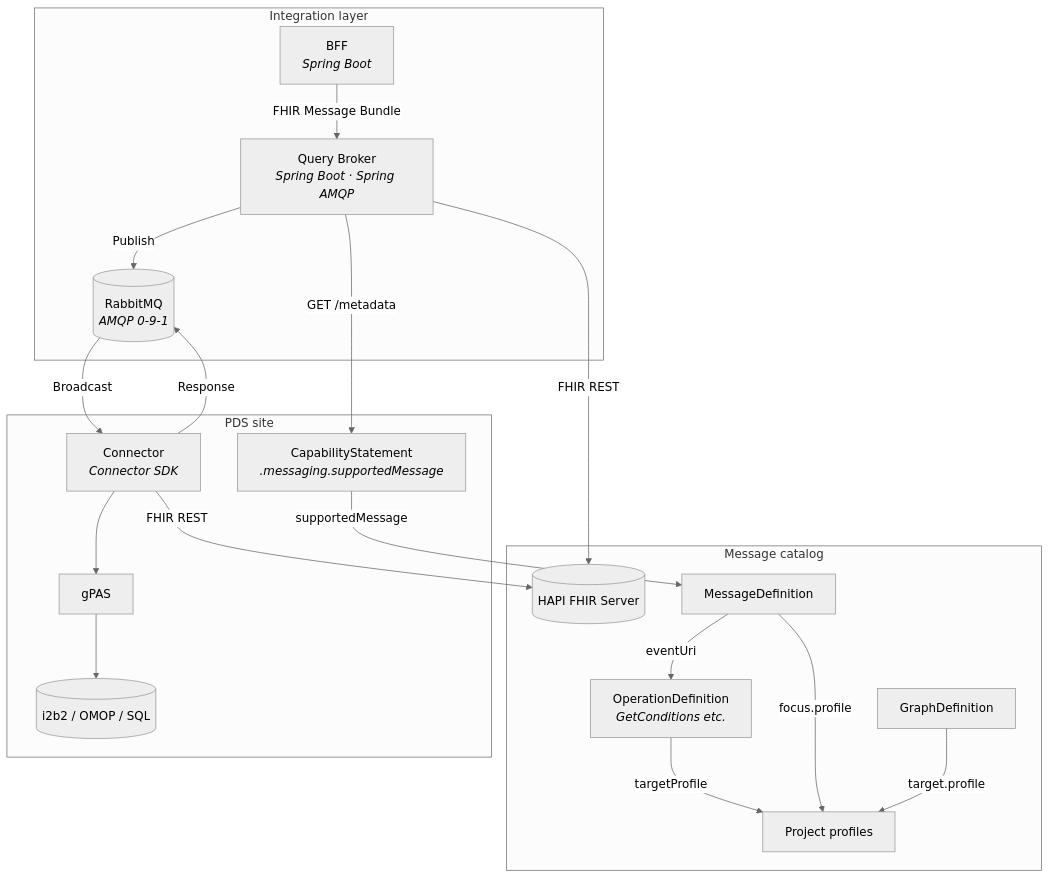
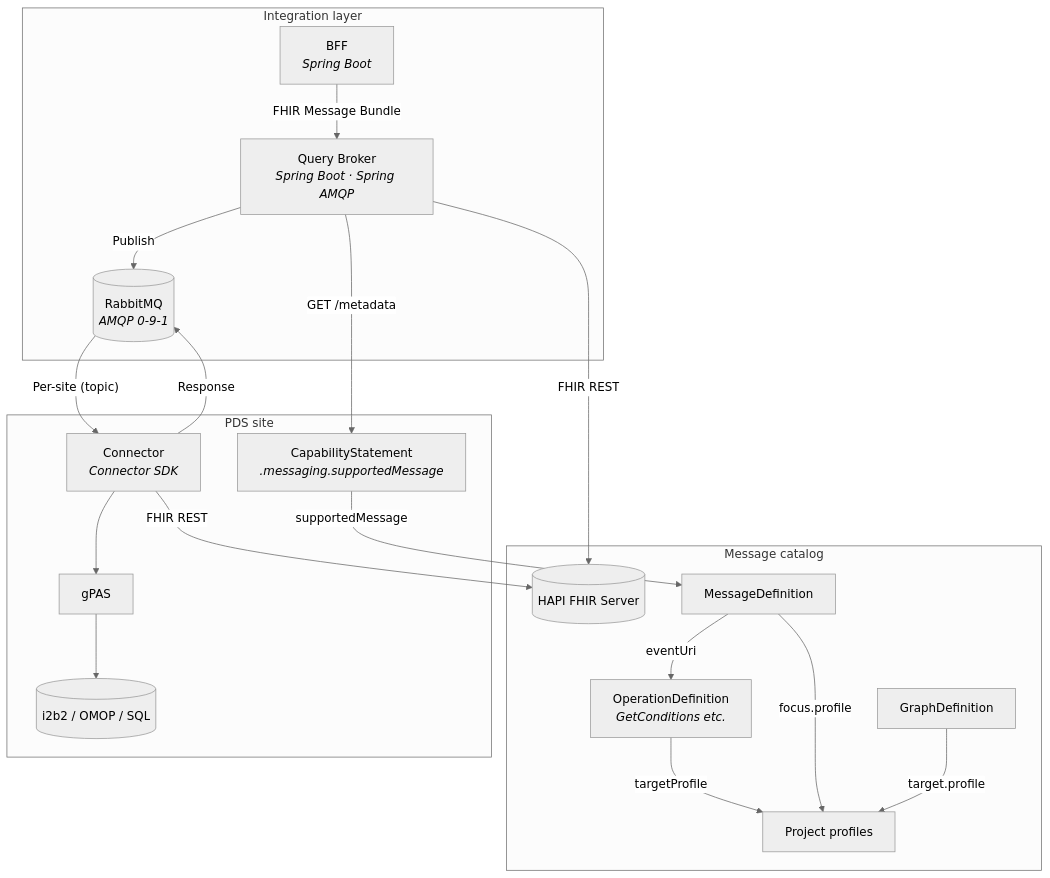
Before and after one commit to forschungsgruppe-digital-health/pds-query-broker: the second of 2 diagrams in docs/arc42/03_context_and_scope.md, drawn with Mermaid (neutral theme). The commit also changed 12 other files, not shown here.

First line of the commit message:
feat(broker): per-site pseudonym filtering in topic routing (ADR-006 rev.) (#45)

````diff
--- a/docs/arc42/03_context_and_scope.md
+++ b/docs/arc42/03_context_and_scope.md
@@ -38,37 +38,37 @@
 ```mermaid
 graph TB
     subgraph "Integration layer"
         BFF["BFF<br/><i>Spring Boot</i>"]
         BROKER["Query Broker<br/><i>Spring Boot · Spring AMQP</i>"]
         MQ[("RabbitMQ<br/><i>AMQP 0-9-1</i>")]
     end
 
     subgraph "Message catalog"
         CATALOG[("HAPI FHIR Server")]
         OPDEF["OperationDefinition<br/><i>GetConditions etc.</i>"]
         MSGDEF["MessageDefinition"]
         GRAPHDEF["GraphDefinition"]
         KDS["Project profiles"]
         MSGDEF -->|"eventUri"| OPDEF
         OPDEF -->|"targetProfile"| KDS
         MSGDEF -->|"focus.profile"| KDS
         GRAPHDEF -->|"target.profile"| KDS
     end
 
     subgraph "PDS site"
         CONN["Connector<br/><i>Connector SDK</i>"]
         CAPSTMT["CapabilityStatement<br/><i>.messaging.supportedMessage</i>"]
         LTHS["gPAS"]
         SRC[("i2b2 / OMOP / SQL")]
     end
 
     BFF -->|"FHIR Message Bundle"| BROKER
     BROKER -->|"FHIR REST"| CATALOG
     BROKER -->|"GET /metadata"| CAPSTMT
     BROKER -->|"Publish"| MQ
-    MQ -->|"Broadcast"| CONN
+    MQ -->|"Per-site (topic)"| CONN
     CONN -->|"Response"| MQ
     CONN --> LTHS --> SRC
     CONN -->|"FHIR REST"| CATALOG
     CAPSTMT -->|"supportedMessage"| MSGDEF
 ```
````
